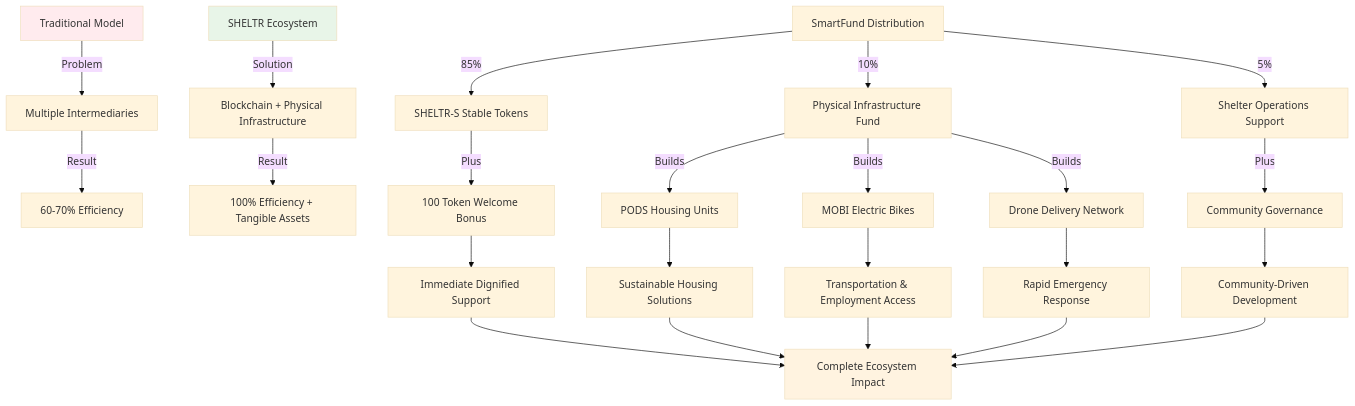
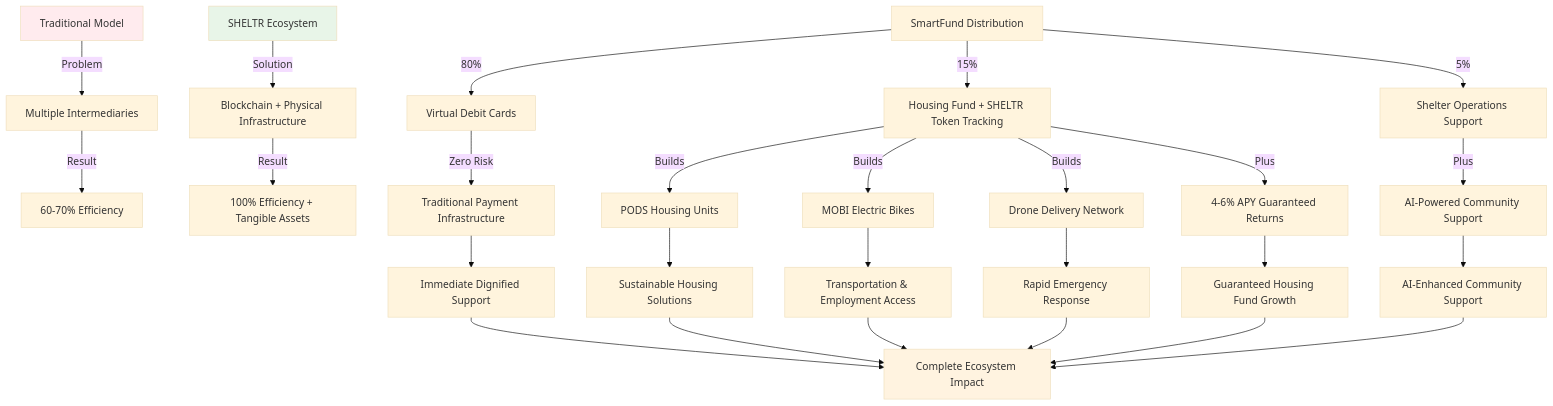
One commit to mrj0nesmtl/sheltr-ai changed the diagram in docs/01-overview/hacking_homelessness.md. Above: the diagram before and after it, drawn with Mermaid (base theme). The commit also changed other lines of this file and 1 other file, not shown here.

````diff
--- a/docs/01-overview/hacking_homelessness.md
+++ b/docs/01-overview/hacking_homelessness.md
@@ -62,34 +63,37 @@
 ```mermaid
 graph TD
     A[Traditional Model] -->|Problem| B[Multiple Intermediaries]
     B -->|Result| C[60-70% Efficiency]
     
     D[SHELTR Ecosystem] -->|Solution| E[Blockchain + Physical Infrastructure]
     E -->|Result| F[100% Efficiency + Tangible Assets]
     
-    G[SmartFund Distribution] -->|85%| H[SHELTR-S Stable Tokens]
-    G -->|10%| I[Physical Infrastructure Fund]
+    G[SmartFund Distribution] -->|80%| H[Virtual Debit Cards]
+    G -->|15%| I[Housing Fund + SHELTR Token Tracking]
     G -->|5%| J[Shelter Operations Support]
     
-    H -->|Plus| K[100 Token Welcome Bonus]
+    H -->|Zero Risk| K[Traditional Payment Infrastructure]
     I -->|Builds| L[PODS Housing Units]
     I -->|Builds| M[MOBI Electric Bikes]
     I -->|Builds| N[Drone Delivery Network]
-    J -->|Plus| O[Community Governance]
+    I -->|Plus| O[4-6% APY Guaranteed Returns]
+    J -->|Plus| P[AI-Powered Community Support]
     
-    K --> P[Immediate Dignified Support]
-    L --> Q[Sustainable Housing Solutions]
-    M --> R[Transportation & Employment Access]
-    N --> S[Rapid Emergency Response]
-    O --> T[Community-Driven Development]
+    K --> Q[Immediate Dignified Support]
+    L --> R[Sustainable Housing Solutions]
+    M --> S[Transportation & Employment Access]
+    N --> T[Rapid Emergency Response]
+    O --> U[Guaranteed Housing Fund Growth]
+    P --> V[AI-Enhanced Community Support]
     
-    P --> U[Complete Ecosystem Impact]
-    Q --> U
-    R --> U
-    S --> U
-    T --> U
+    Q --> W[Complete Ecosystem Impact]
+    R --> W
+    S --> W
+    T --> W
+    U --> W
+    V --> W
     
     style A fill:#ffebee
     style D fill:#e8f5e8
-    style U fill:#fff3e0
+    style W fill:#fff3e0
 ```
````
